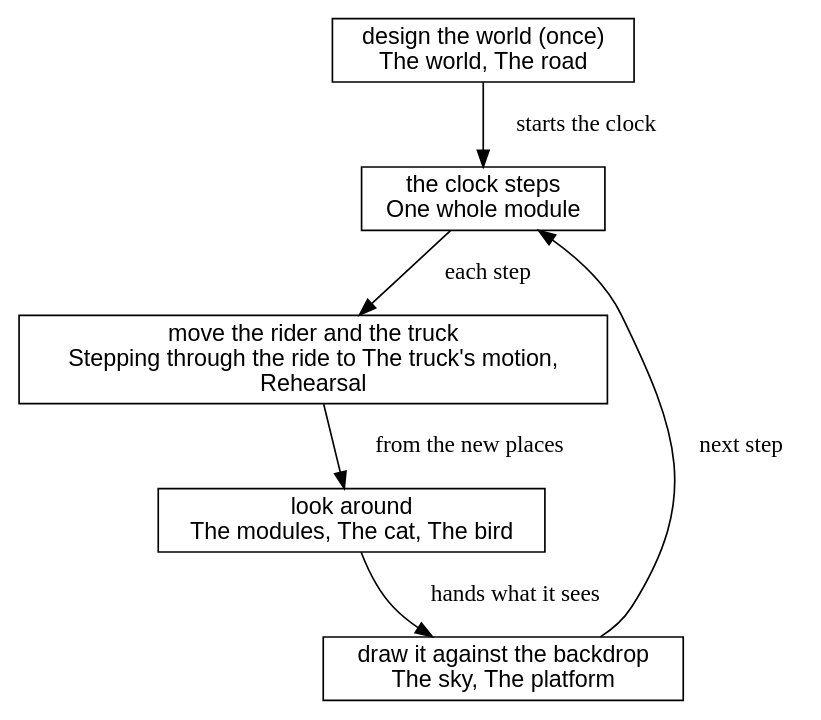
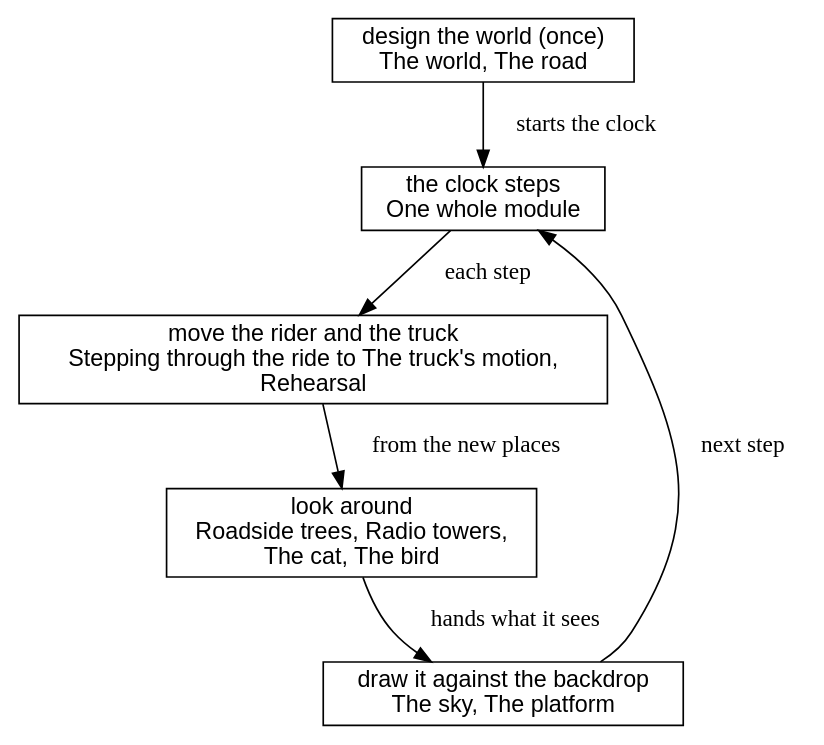
Before and after one commit to showell/roc-apps: diagram 30 of 30 in canvas_apps/safari/tutorial/tutorial.md, drawn with Graphviz. The commit also changed other lines of this file, not shown here.

````diff
--- a/canvas_apps/safari/tutorial/tutorial.md
+++ b/canvas_apps/safari/tutorial/tutorial.md
@@ -2994,15 +2994,15 @@
 ```dot
 digraph opened {
   node [shape=box, fontname="Helvetica"];
   world [label="design the world (once)\nThe world, The road"];
   tick [label="the clock steps\nOne whole module"];
   move [label="move the rider and the truck\nStepping through the ride to The truck's motion,\nRehearsal"];
-  look [label="look around\nThe modules, The cat, The bird"];
+  look [label="look around\nRoadside trees, Radio towers,\nThe cat, The bird"];
   draw [label="draw it against the backdrop\nThe sky, The platform"];
   world -> tick [label="  starts the clock"];
   tick -> move [label="  each step"];
   move -> look [label="  from the new places"];
   look -> draw [label="  hands what it sees"];
   draw -> tick [label="  next step"];
 }
 ```
````
